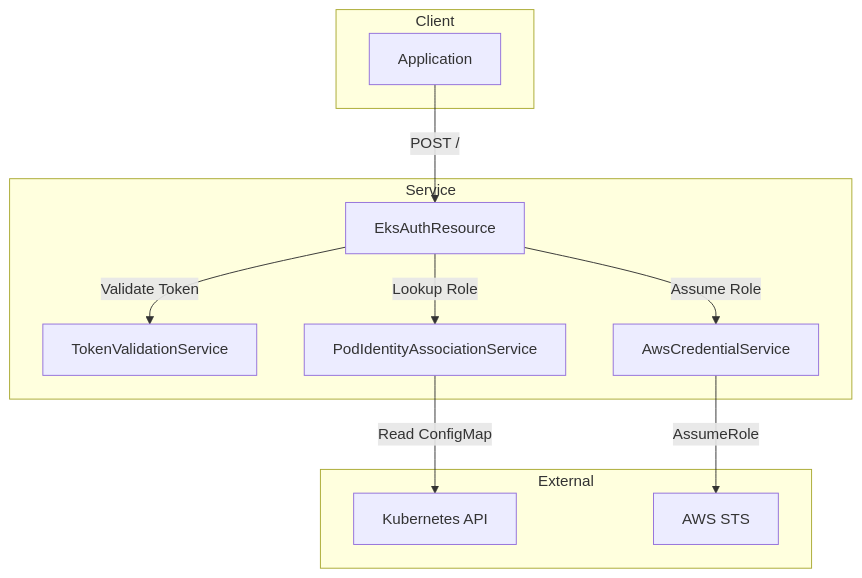
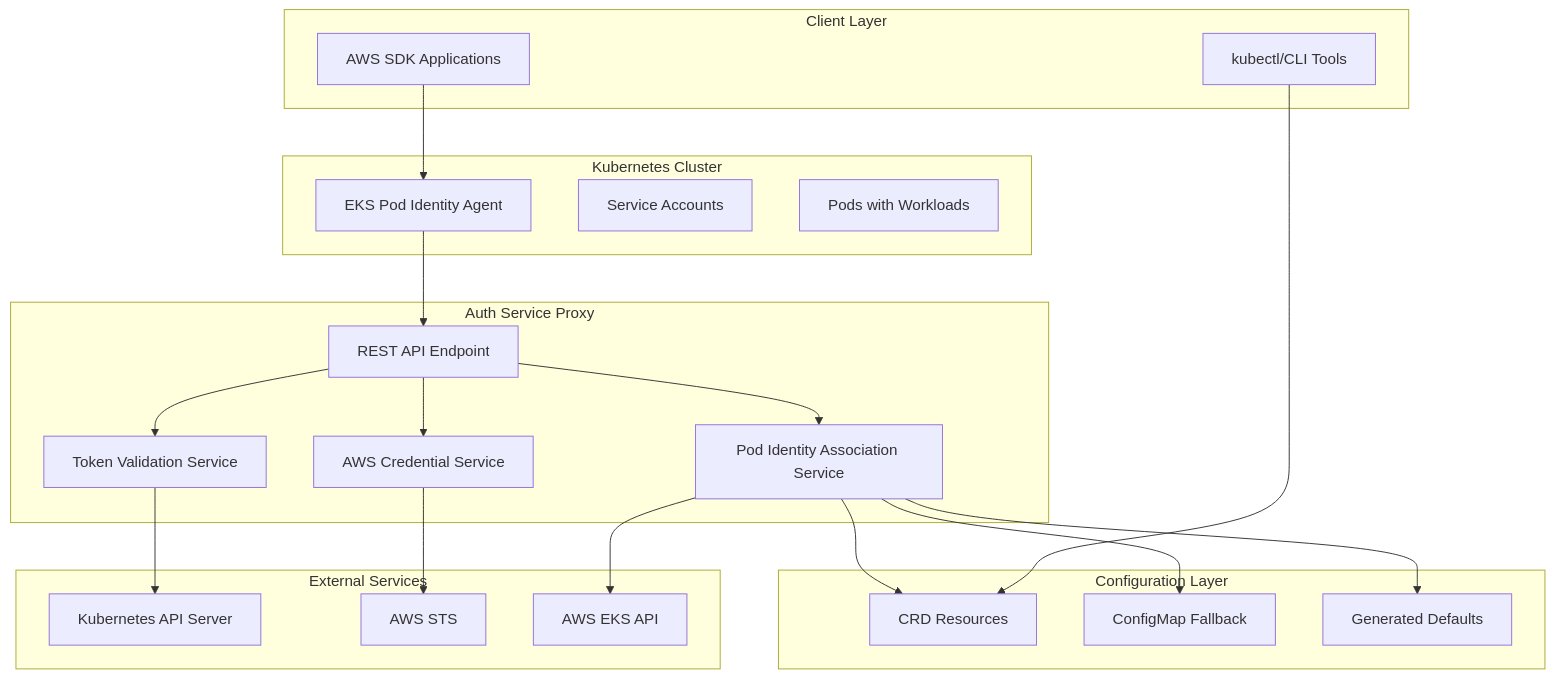
The first of 5 diagrams in .agents/summary/architecture.md (plasticity-of-cloud/express-compute-control-plane), drawn with Mermaid before and after one commit. The commit also changed other lines of this file and 23 other files, not shown here.

````diff
--- a/.agents/summary/architecture.md
+++ b/.agents/summary/architecture.md
@@ -5,25 +9,46 @@
 ```mermaid
 graph TB
-    subgraph Client
-        A[Application]
+    subgraph "Client Layer"
+        A[AWS SDK Applications]
+        B[kubectl/CLI Tools]
     end
     
-    subgraph Service
-        B[EksAuthResource]
-        C[TokenValidationService]
-        D[PodIdentityAssociationService]
-        E[AwsCredentialService]
+    subgraph "Kubernetes Cluster"
+        C[EKS Pod Identity Agent]
+        D[Service Accounts]
+        E[Pods with Workloads]
     end
     
-    subgraph External
-        F[Kubernetes API]
-        G[AWS STS]
+    subgraph "Auth Service Proxy"
+        F[REST API Endpoint]
+        G[Token Validation Service]
+        H[Pod Identity Association Service]
+        I[AWS Credential Service]
     end
     
-    A -->|POST /| B
-    B -->|Validate Token| C
-    B -->|Lookup Role| D
-    B -->|Assume Role| E
-    D -->|Read ConfigMap| F
-    E -->|AssumeRole| G
+    subgraph "Configuration Layer"
+        J[CRD Resources]
+        K[ConfigMap Fallback]
+        L[Generated Defaults]
+    end
+    
+    subgraph "External Services"
+        M[Kubernetes API Server]
+        N[AWS STS]
+        O[AWS EKS API]
+    end
+    
+    A --> C
+    C --> F
+    F --> G
+    G --> M
+    F --> H
+    H --> J
+    H --> K
+    H --> L
+    F --> I
+    I --> N
+    H --> O
+    
+    B --> J
 ```
````
